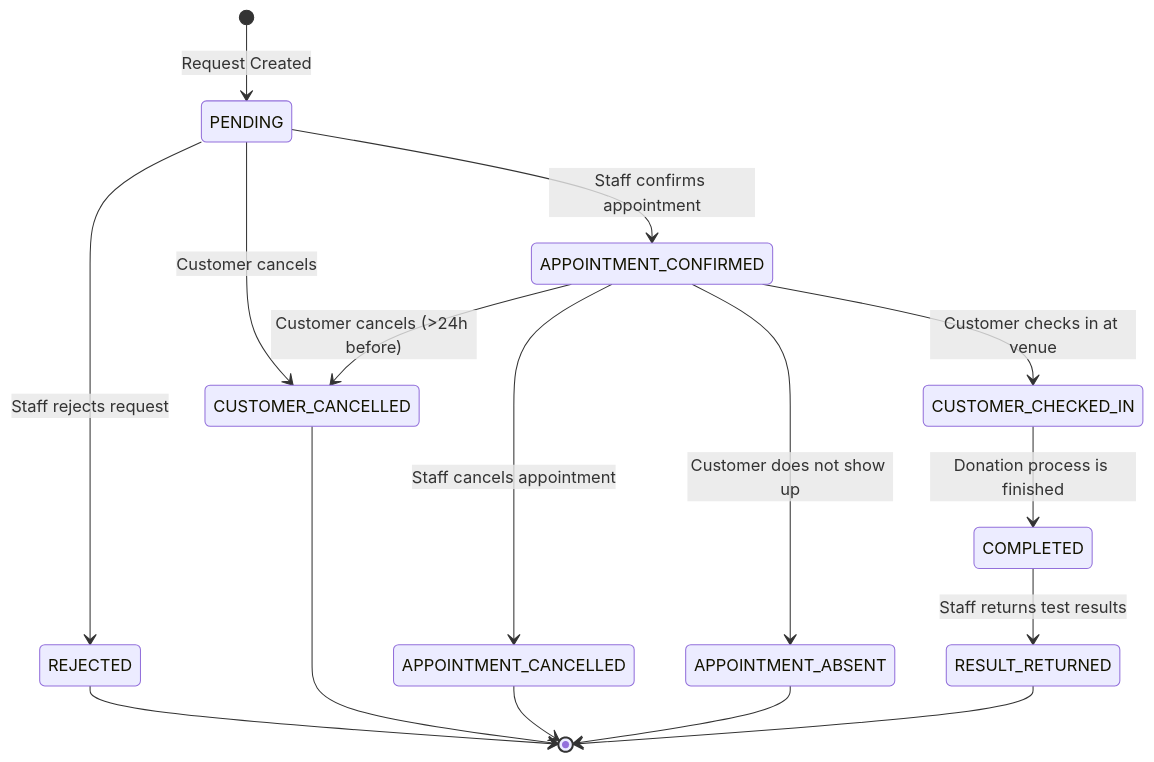
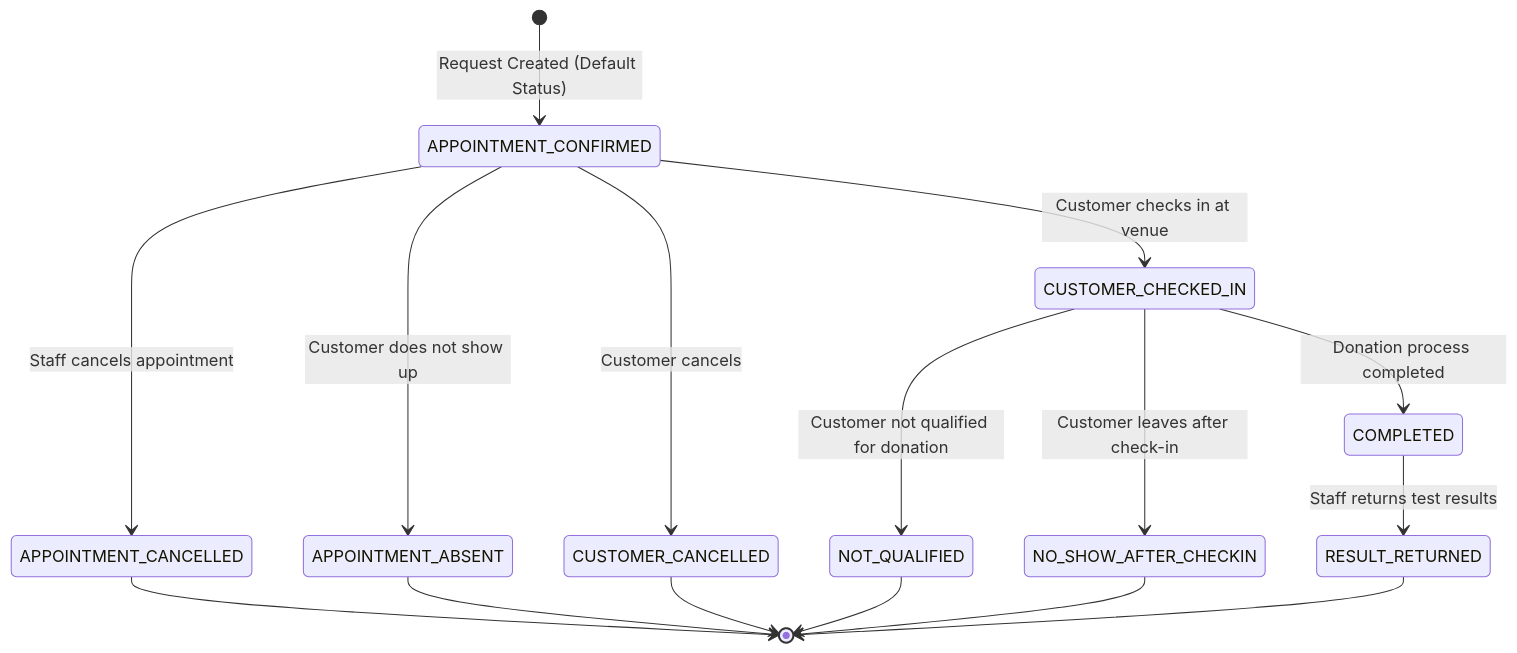
Before and after one commit to phamnguyenviethung/bloodlink-be: the third of 3 diagrams in docs/DONATION_FLOW.md, drawn with Mermaid. The commit also changed other lines of this file and 3 other files, not shown here.

````diff
--- a/docs/DONATION_FLOW.md
+++ b/docs/DONATION_FLOW.md
@@ -139,23 +183,22 @@
 ```mermaid
 stateDiagram-v2
-    [*] --> PENDING: Request Created
-
-    PENDING --> APPOINTMENT_CONFIRMED: Staff confirms appointment
-    PENDING --> REJECTED: Staff rejects request
-    PENDING --> CUSTOMER_CANCELLED: Customer cancels
+    [*] --> APPOINTMENT_CONFIRMED: Request Created (Default Status)
 
     APPOINTMENT_CONFIRMED --> CUSTOMER_CHECKED_IN: Customer checks in at venue
     APPOINTMENT_CONFIRMED --> APPOINTMENT_CANCELLED: Staff cancels appointment
     APPOINTMENT_CONFIRMED --> APPOINTMENT_ABSENT: Customer does not show up
-    APPOINTMENT_CONFIRMED --> CUSTOMER_CANCELLED: Customer cancels (>24h before)
+    APPOINTMENT_CONFIRMED --> CUSTOMER_CANCELLED: Customer cancels
 
-    CUSTOMER_CHECKED_IN --> COMPLETED: Donation process is finished
+    CUSTOMER_CHECKED_IN --> COMPLETED: Donation process completed
+    CUSTOMER_CHECKED_IN --> NOT_QUALIFIED: Customer not qualified for donation
+    CUSTOMER_CHECKED_IN --> NO_SHOW_AFTER_CHECKIN: Customer leaves after check-in
 
     COMPLETED --> RESULT_RETURNED: Staff returns test results
 
-    REJECTED --> [*]
-    CUSTOMER_CANCELLED --> [*]
     APPOINTMENT_CANCELLED --> [*]
     APPOINTMENT_ABSENT --> [*]
+    CUSTOMER_CANCELLED --> [*]
+    NOT_QUALIFIED --> [*]
+    NO_SHOW_AFTER_CHECKIN --> [*]
     RESULT_RETURNED --> [*]
 ```
````
